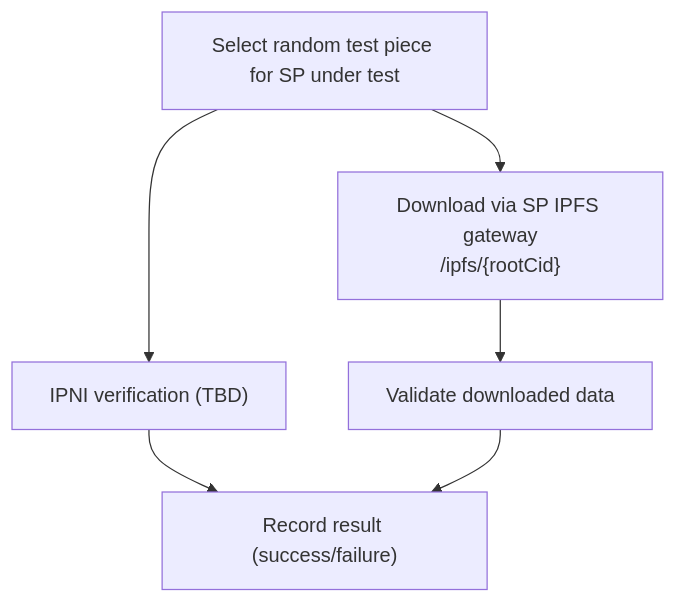
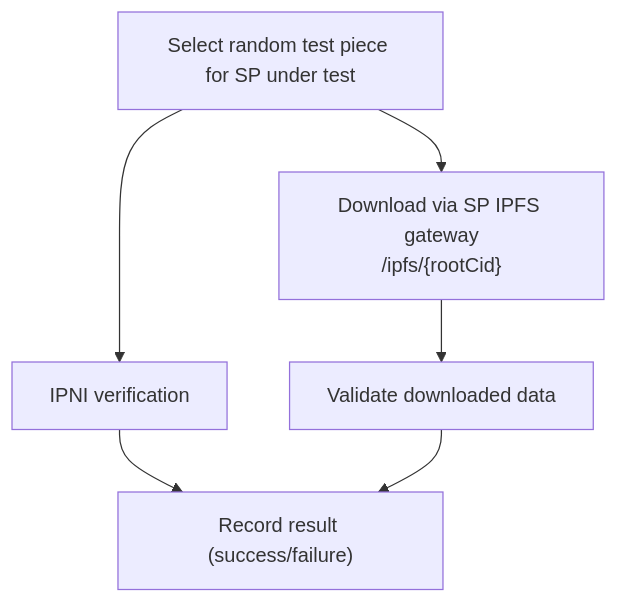
Before and after one commit to FilOzone/dealbot: the diagram in docs/checks/retrievals.md, drawn with Mermaid. The commit also changed other lines of this file and 22 other files, not shown here.

````diff
--- a/docs/checks/retrievals.md
+++ b/docs/checks/retrievals.md
@@ -35,8 +36,8 @@
 ```mermaid
 flowchart TD
-  SelectPiece["Select random test piece for SP under test"] --> IPNIVerify["IPNI verification (TBD)"]
+  SelectPiece["Select random test piece for SP under test"] --> IPNIVerify["IPNI verification"]
   IPNIVerify --> RecordResult["Record result (success/failure)"]
   SelectPiece --> DownloadPiece["Download via SP IPFS gateway<br/>/ipfs/{rootCid}"]
   DownloadPiece --> ValidateData["Validate downloaded data"]
   ValidateData --> RecordResult
 ```
````
